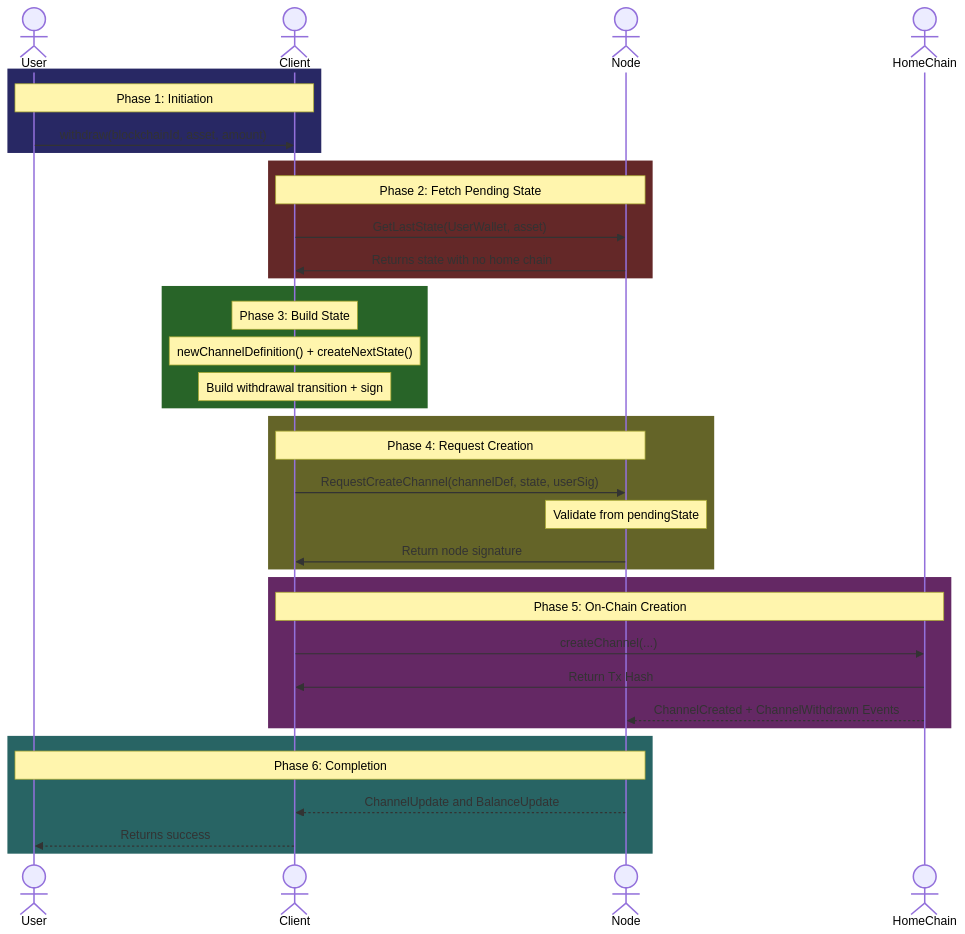
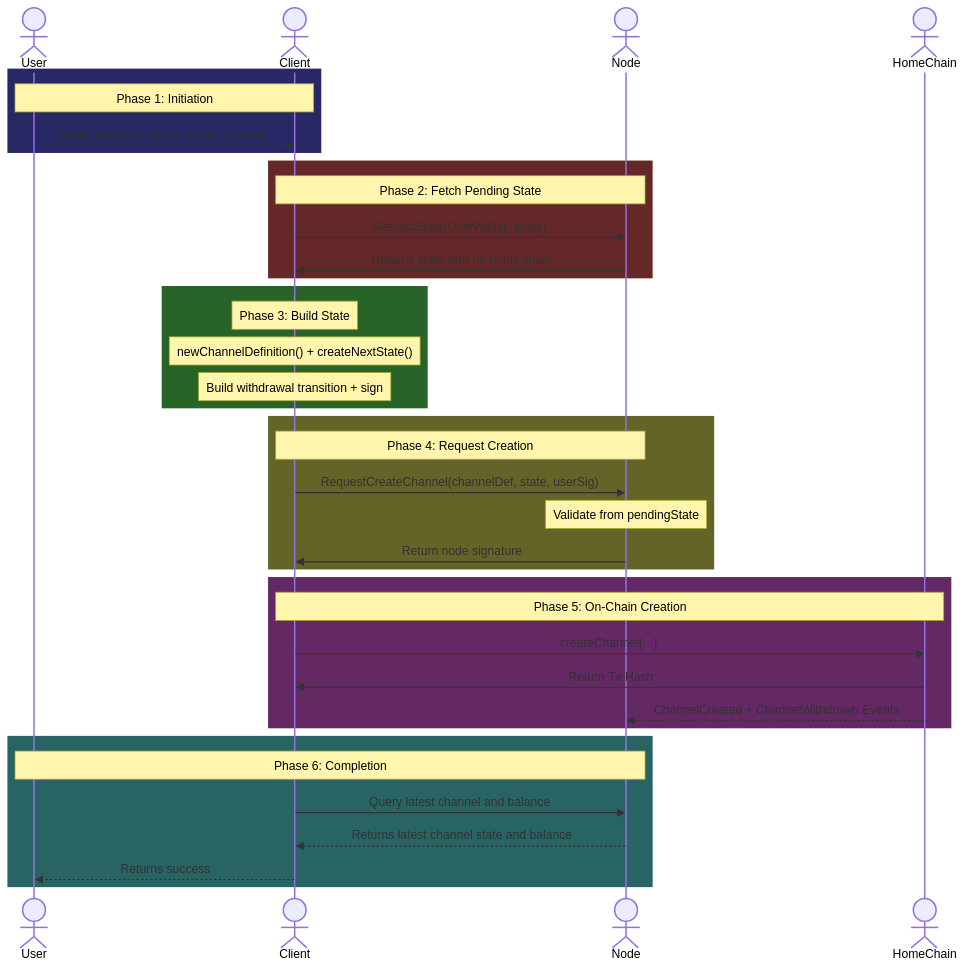
One commit to layer-3/docs changed the eighth of 10 diagrams in docs/nitrolite/learn/protocol-flows/home-channel-withdraw-on-create.mdx. Above: the diagram before and after it, drawn with Mermaid. The commit also changed other lines of this file and 20 other files, not shown here.

````diff
--- a/docs/nitrolite/learn/protocol-flows/home-channel-withdraw-on-create.mdx
+++ b/docs/nitrolite/learn/protocol-flows/home-channel-withdraw-on-create.mdx
@@ -307,44 +308,45 @@
 ```mermaid
 sequenceDiagram
     actor User
     actor Client
     actor Node
     actor HomeChain
 
     rect rgb(40, 40, 100)
         Note over User,Client: Phase 1: Initiation
         User->>Client: withdraw(blockchainId, asset, amount)
     end
 
     rect rgb(100, 40, 40)
         Note over Client,Node: Phase 2: Fetch Pending State
         Client->>Node: GetLastState(UserWallet, asset)
         Node->>Client: Returns state with no home chain
     end
 
     rect rgb(40, 100, 40)
         Note over Client: Phase 3: Build State
         Note over Client: newChannelDefinition() + createNextState()
         Note over Client: Build withdrawal transition + sign
     end
 
     rect rgb(100, 100, 40)
         Note over Client,Node: Phase 4: Request Creation
         Client->>Node: RequestCreateChannel(channelDef, state, userSig)
         Note over Node: Validate from pendingState
         Node->>Client: Return node signature
     end
 
     rect rgb(100, 40, 100)
         Note over Client,HomeChain: Phase 5: On-Chain Creation
         Client->>HomeChain: createChannel(...)
         HomeChain->>Client: Return Tx Hash
         HomeChain-->>Node: ChannelCreated + ChannelWithdrawn Events
     end
 
     rect rgb(40, 100, 100)
         Note over Node,User: Phase 6: Completion
-        Node-->>Client: ChannelUpdate and BalanceUpdate
+        Client->>Node: Query latest channel and balance
+        Node-->>Client: Returns latest channel state and balance
         Client-->>User: Returns success
     end
 ```
````
